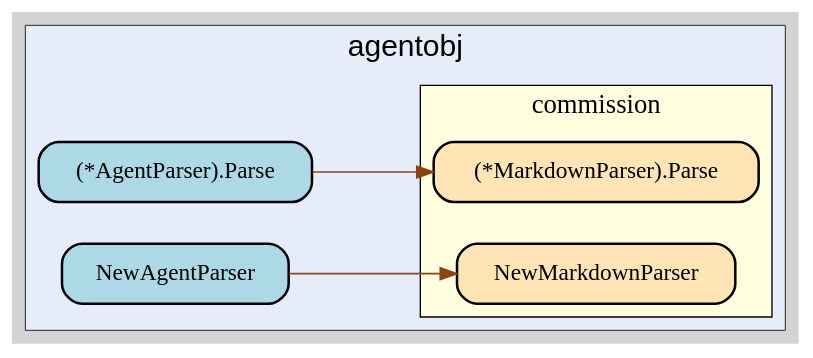
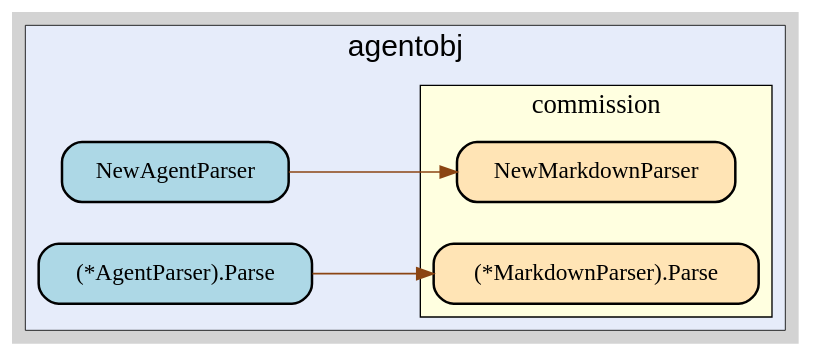
The diagram in docs/images/callgraphs/pkg-commission-agentobj.gv (lancekrogers/guild-core), drawn with Graphviz before and after one commit. The commit also changed 421 other files, not shown here.

```diff
--- a/docs/images/callgraphs/pkg-commission-agentobj.gv
+++ b/docs/images/callgraphs/pkg-commission-agentobj.gv
@@ -1,46 +1,46 @@
 digraph gocallvis {
     label="";
     labeljust="l";
     fontname="Arial";
     fontsize="14";
     rankdir="LR";
     bgcolor="lightgray";
     style="solid";
     penwidth="0.5";
     pad="0.0";
     nodesep="0.35";
 
     node [shape="box" style="filled,rounded" fillcolor="honeydew" fontname="Verdana" penwidth="1.0" margin="0.16,0.0"];
     edge [minlen="2"]
 
     subgraph "cluster_focus" {
-        fontsize="18";
+        labeljust="c";
+fontsize="18";
 bgcolor="#e6ecfa";
 label="agentobj";
 labelloc="t";
-labeljust="c";
         
-        "(*github.com/guild-framework/guild-core/pkg/commission/agentobj.AgentParser).Parse" [ fillcolor="lightblue" label="(*AgentParser).Parse" penwidth="1.5" tooltip="(*github.com/guild-framework/guild-core/pkg/commission/agentobj.AgentParser).Parse | defined in parser.go:25\nat parser.go:27: calling [(*github.com/guild-framework/guild-core/pkg/commission.MarkdownParser).Parse]" ]
         "github.com/guild-framework/guild-core/pkg/commission/agentobj.NewAgentParser" [ fillcolor="lightblue" label="NewAgentParser" penwidth="1.5" tooltip="github.com/guild-framework/guild-core/pkg/commission/agentobj.NewAgentParser | defined in parser.go:18\nat parser.go:20: calling [github.com/guild-framework/guild-core/pkg/commission.NewMarkdownParser]" ]
+        "(*github.com/guild-framework/guild-core/pkg/commission/agentobj.AgentParser).Parse" [ tooltip="(*github.com/guild-framework/guild-core/pkg/commission/agentobj.AgentParser).Parse | defined in parser.go:25\nat parser.go:27: calling [(*github.com/guild-framework/guild-core/pkg/commission.MarkdownParser).Parse]" fillcolor="lightblue" label="(*AgentParser).Parse" penwidth="1.5" ]
         
         subgraph "cluster_github.com/guild-framework/guild-core/pkg/commission" {
-        style="filled";
+        fontname="Tahoma bold";
 label="commission";
+penwidth="0.8";
+style="filled";
+fillcolor="lightyellow";
+rank="sink";
 URL="/?f=github.com/guild-framework/guild-core/pkg/commission";
 tooltip="package: github.com/guild-framework/guild-core/pkg/commission";
-fillcolor="lightyellow";
-fontname="Tahoma bold";
-rank="sink";
-penwidth="0.8";
 fontsize="16";
         
+        "github.com/guild-framework/guild-core/pkg/commission.NewMarkdownParser" [ label="NewMarkdownParser" penwidth="1.5" tooltip="github.com/guild-framework/guild-core/pkg/commission.NewMarkdownParser | defined in parser.go:58" fillcolor="moccasin" ]
         "(*github.com/guild-framework/guild-core/pkg/commission.MarkdownParser).Parse" [ fillcolor="moccasin" label="(*MarkdownParser).Parse" penwidth="1.5" tooltip="(*github.com/guild-framework/guild-core/pkg/commission.MarkdownParser).Parse | defined in parser.go:68" ]
-        "github.com/guild-framework/guild-core/pkg/commission.NewMarkdownParser" [ fillcolor="moccasin" label="NewMarkdownParser" penwidth="1.5" tooltip="github.com/guild-framework/guild-core/pkg/commission.NewMarkdownParser | defined in parser.go:58" ]
         
     }
 
     }
 
+    "github.com/guild-framework/guild-core/pkg/commission/agentobj.NewAgentParser" -> "github.com/guild-framework/guild-core/pkg/commission.NewMarkdownParser" [ tooltip="at parser.go:20: calling [github.com/guild-framework/guild-core/pkg/commission.NewMarkdownParser]" color="saddlebrown" ]
     "(*github.com/guild-framework/guild-core/pkg/commission/agentobj.AgentParser).Parse" -> "(*github.com/guild-framework/guild-core/pkg/commission.MarkdownParser).Parse" [ color="saddlebrown" tooltip="at parser.go:27: calling [(*github.com/guild-framework/guild-core/pkg/commission.MarkdownParser).Parse]" ]
-    "github.com/guild-framework/guild-core/pkg/commission/agentobj.NewAgentParser" -> "github.com/guild-framework/guild-core/pkg/commission.NewMarkdownParser" [ color="saddlebrown" tooltip="at parser.go:20: calling [github.com/guild-framework/guild-core/pkg/commission.NewMarkdownParser]" ]
 }
```
